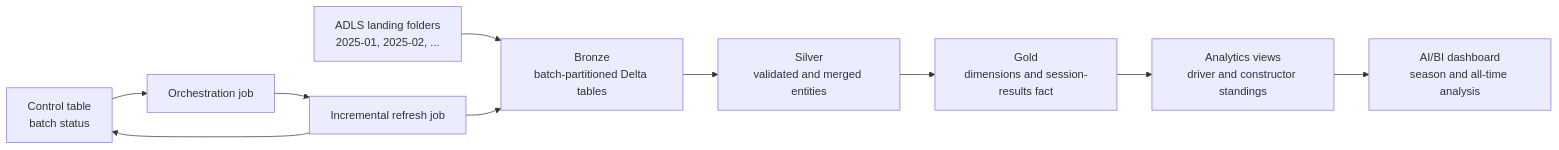
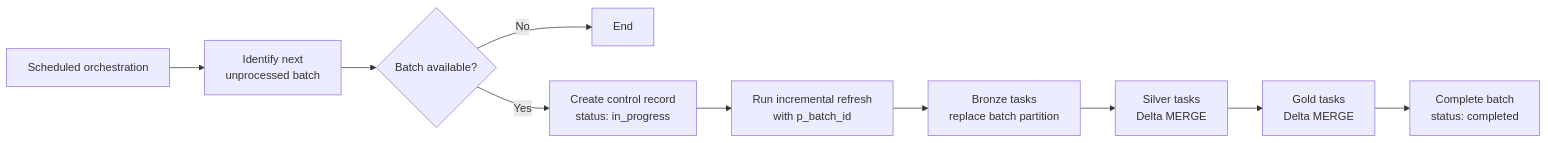
Before and after one commit to alexwang-01/formula1-data-pipeline-analytics: the first of 2 diagrams in README.md, drawn with Mermaid. The commit also changed other lines of this file and 2 other files, not shown here.

Commit message:
Refine project architecture and presentation

````diff
--- a/README.md
+++ b/README.md
@@ -9,12 +18,12 @@
 ```mermaid
 flowchart LR
-    A["ADLS landing folders<br/>2025-01, 2025-02, ..."] --> B["Bronze<br/>batch-partitioned Delta tables"]
-    B --> C["Silver<br/>validated and merged entities"]
-    C --> D["Gold<br/>dimensions and session-results fact"]
-    D --> E["Analytics views<br/>driver and constructor standings"]
-    E --> F["AI/BI dashboard<br/>season and all-time analysis"]
-    G["Control table<br/>batch status"] --> H["Orchestration job"]
-    H --> I["Incremental refresh job"]
-    I --> G
-    I --> B
+    A["Scheduled orchestration"] --> B["Identify next<br/>unprocessed batch"]
+    B --> C{"Batch available?"}
+    C -- "No" --> D["End"]
+    C -- "Yes" --> E["Create control record<br/>status: in_progress"]
+    E --> F["Run incremental refresh<br/>with p_batch_id"]
+    F --> G["Bronze tasks<br/>replace batch partition"]
+    G --> H["Silver tasks<br/>Delta MERGE"]
+    H --> I["Gold tasks<br/>Delta MERGE"]
+    I --> J["Complete batch<br/>status: completed"]
 ```
````
